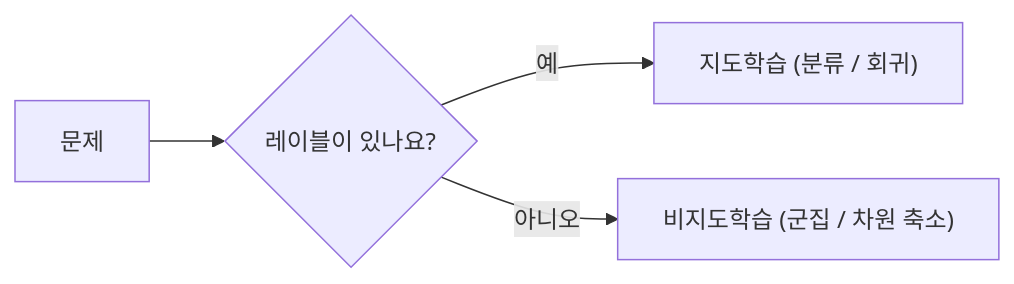
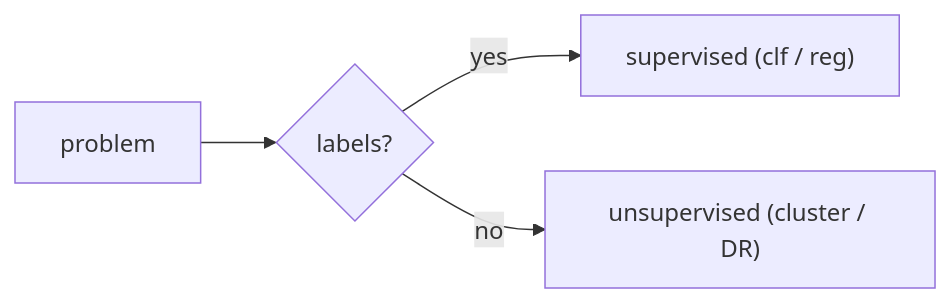
One commit to yeongseon-books/book-content changed the diagram in content/machine-learning-101/ko/02-supervised-and-unsupervised.md. Above: the diagram before and after it, drawn with Mermaid. The commit also changed other lines of this file and 9 other files, not shown here.

````diff
--- a/content/machine-learning-101/ko/02-supervised-and-unsupervised.md
+++ b/content/machine-learning-101/ko/02-supervised-and-unsupervised.md
@@ -47,6 +45,6 @@
 ```mermaid
 flowchart LR
-    Problem["문제"] --> Labeled{"레이블이 있나요?"}
-    Labeled -->|예| Sup["지도학습 (분류 / 회귀)"]
-    Labeled -->|아니오| Unsup["비지도학습 (군집 / 차원 축소)"]
+    Problem["problem"] --> Labeled{"labels?"}
+    Labeled -->|yes| Sup["supervised (clf / reg)"]
+    Labeled -->|no| Unsup["unsupervised (cluster / DR)"]
 ```
````
